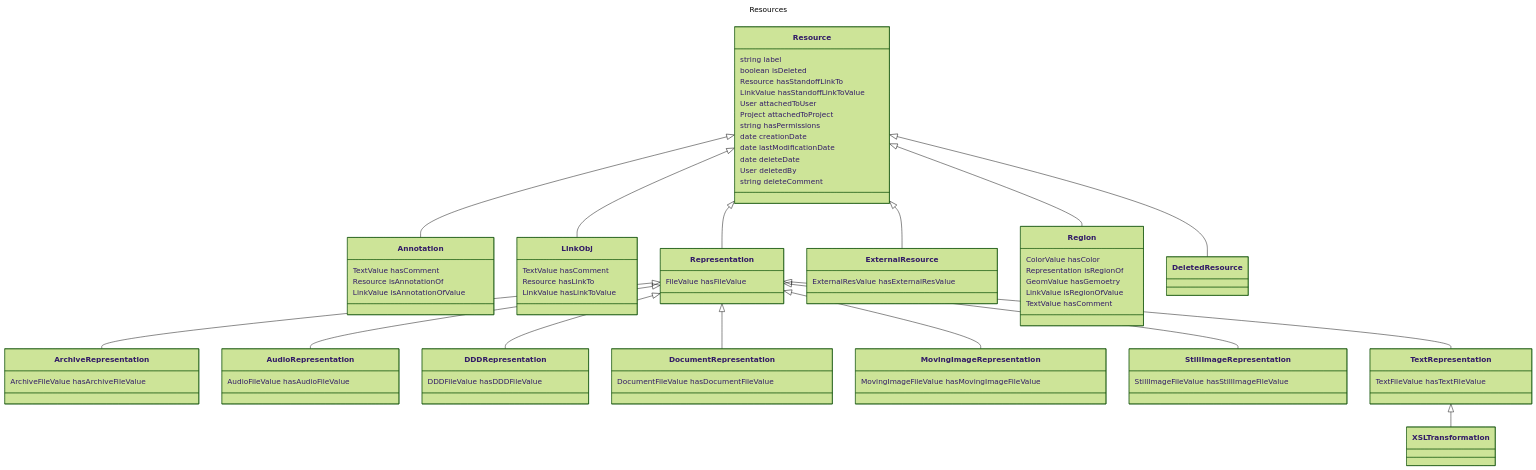
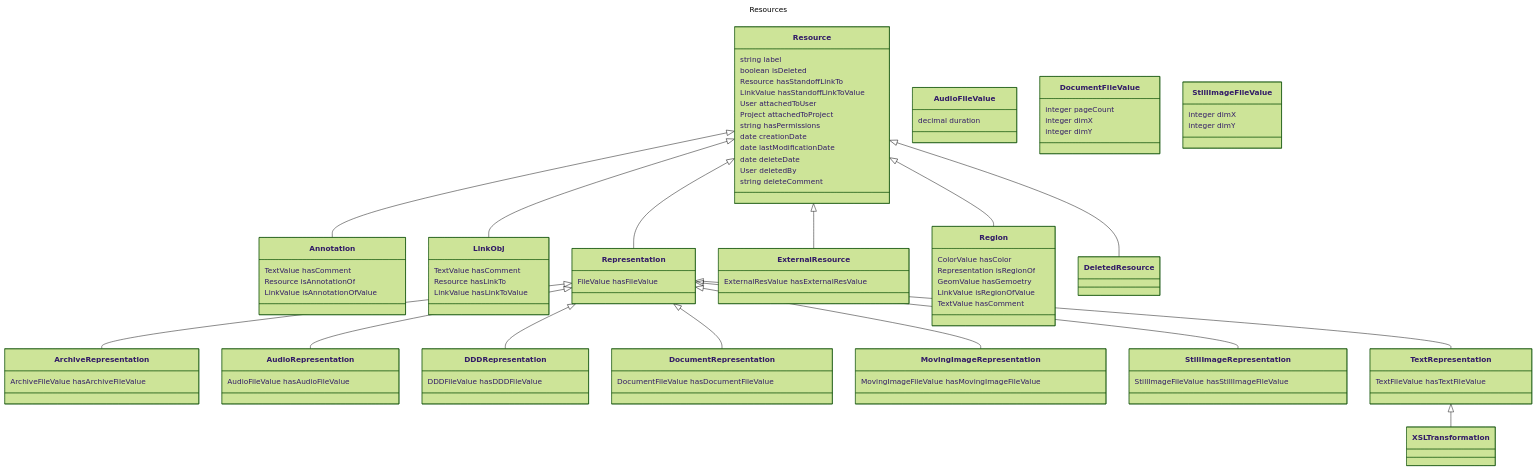
One commit to dasch-swiss/dsp-api changed the fifth of 9 diagrams in docs/05-internals/design/domain/domain-model.md. Above: the diagram before and after it, drawn with Mermaid (forest theme). The commit also changed other lines of this file, not shown here.

```diff
--- a/docs/05-internals/design/domain/domain-model.md
+++ b/docs/05-internals/design/domain/domain-model.md
@@ -268,6 +268,19 @@
     TextFileValue hasTextFileValue
   }
 
+  class AudioFileValue {
+    decimal duration
+  }
+  class DocumentFileValue {
+    integer pageCount
+    integer dimX
+    integer dimY
+  }
+  class StillImageFileValue {
+    integer dimX
+    integer dimY
+  }
+
   %% Relationships
   Resource <|-- Annotation
   Resource <|-- Representation
```
